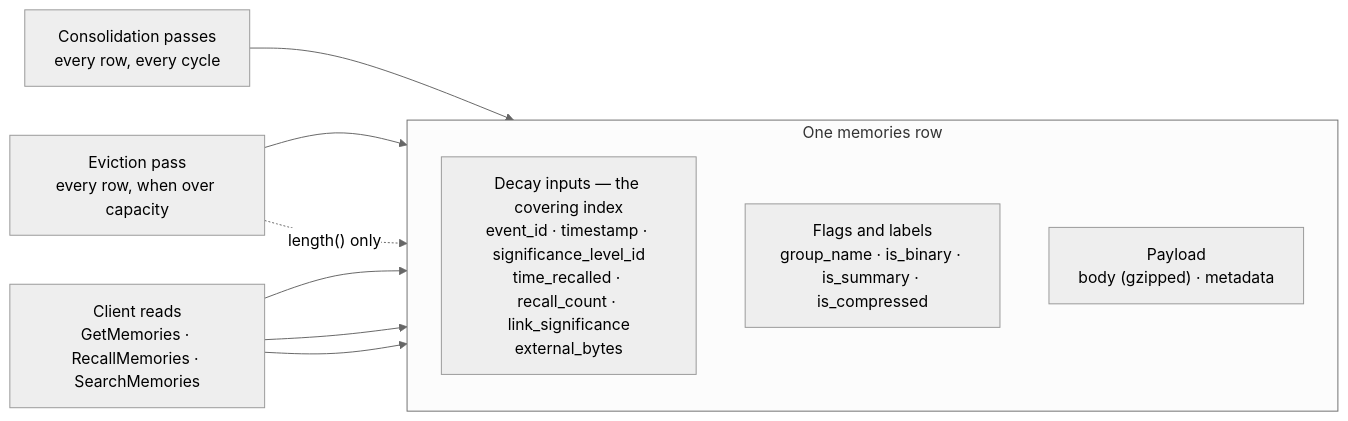
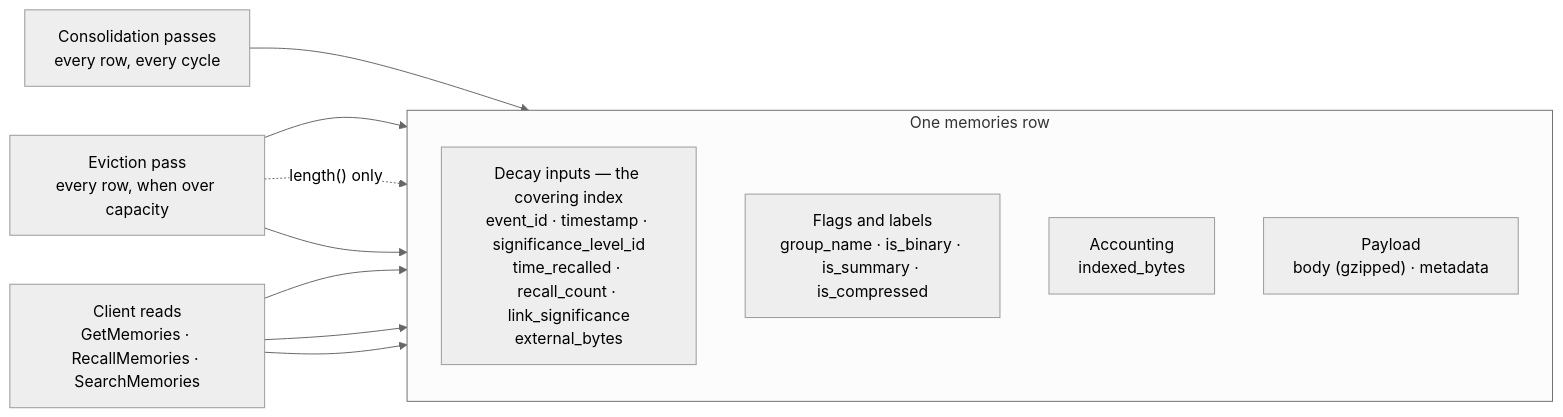
Before and after one commit to fastbean-au/hippocampus: the diagram in docs/consolidation.md, drawn with Mermaid (neutral theme). The commit also changed other lines of this file and 19 other files, not shown here.

````diff
--- a/docs/consolidation.md
+++ b/docs/consolidation.md
@@ -376,16 +376,18 @@
 ```mermaid
 flowchart LR
   subgraph memories["One memories row"]
     direction TB
     inputs["Decay inputs — the covering index<br/>event_id · timestamp · significance_level_id<br/>time_recalled · recall_count · link_significance<br/>external_bytes"]
     flags["Flags and labels<br/>group_name · is_binary · is_summary · is_compressed"]
+    accounting["Accounting<br/>indexed_bytes"]
     payload["Payload<br/>body (gzipped) · metadata"]
   end
 
   C["Consolidation passes<br/>every row, every cycle"] --> inputs
   E["Eviction pass<br/>every row, when over capacity"] --> inputs
   E -.->|"length() only"| payload
+  E --> accounting
   R["Client reads<br/>GetMemories · RecallMemories · SearchMemories"] --> inputs
   R --> flags
   R --> payload
 ```
````
